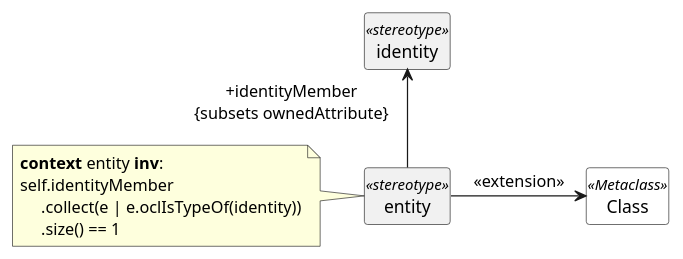
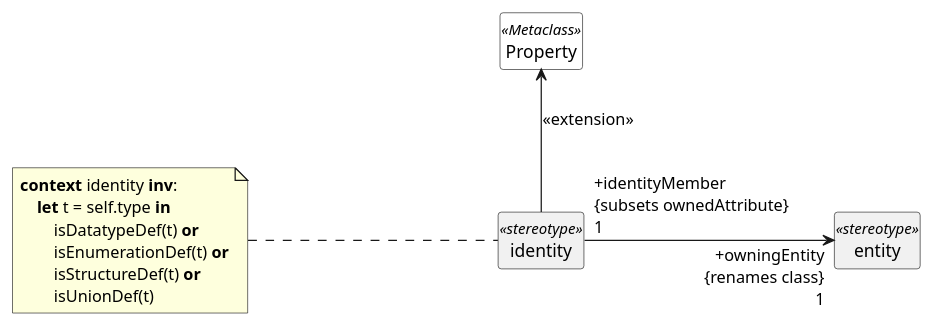
Before and after one commit to sdm-lang/tree-sitter-sdml: diagram 11 of 19 in docs/uml-profile.org, drawn with PlantUML. The commit also changed other lines of this file and 25 other files, not shown here.

Commit message:
docs: working on UML profile

```diff
--- a/docs/uml-profile.org
+++ b/docs/uml-profile.org
@@ -162,14 +393,25 @@
-#+BEGIN_SRC plantuml :file uml-profile-entity.svg
+#+BEGIN_SRC plantuml :file uml-profile-identity-members.svg
 skinparam backgroundColor transparent
+skinparam style strictuml
+skinparam linetype polyline
+skinparam nodesep 200
+
 hide circle
 hide members
 
+class entity <<stereotype>> {}
+class Property <<Metaclass>> #white {}
+
 class identity <<stereotype>> {}
-class Class <<Metaclass>> #white {}
-class entity <<stereotype>> {}
-entity -u-> "+identityMember\n{subsets ownedAttribute}" identity
-entity -r-> Class: <<extension>>
+identity -up-> Property: <<extension>>
+identity "+identityMember\l{subsets ownedAttribute}\n1" --right--> "+owningEntity\r{renames class}\n1" entity
 
-note "**context** entity **inv**:\nself.identityMember\n     .collect(e | e.oclIsTypeOf(identity))\n     .size() == 1" as idnote
-entity .l. idnote
+note left of identity
+**context** identity **inv**:
+    **let** t = self.type **in**
+        isDatatypeDef(t) **or**
+        isEnumerationDef(t) **or**
+        isStructureDef(t) **or**
+        isUnionDef(t)
+end note
 #+END_SRC
```
